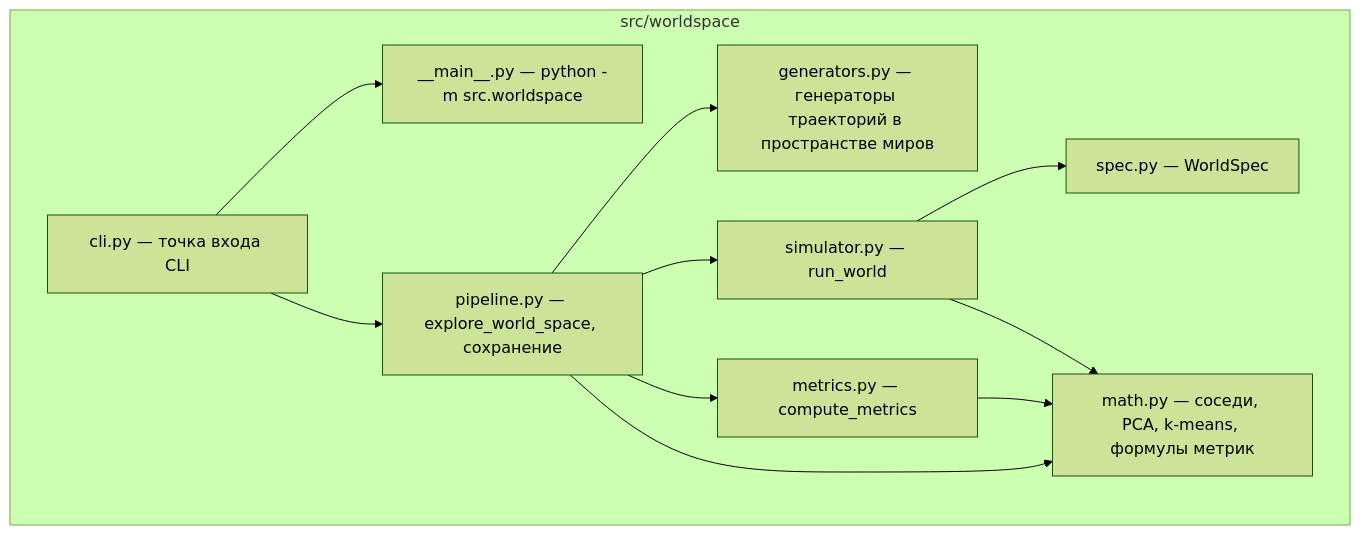
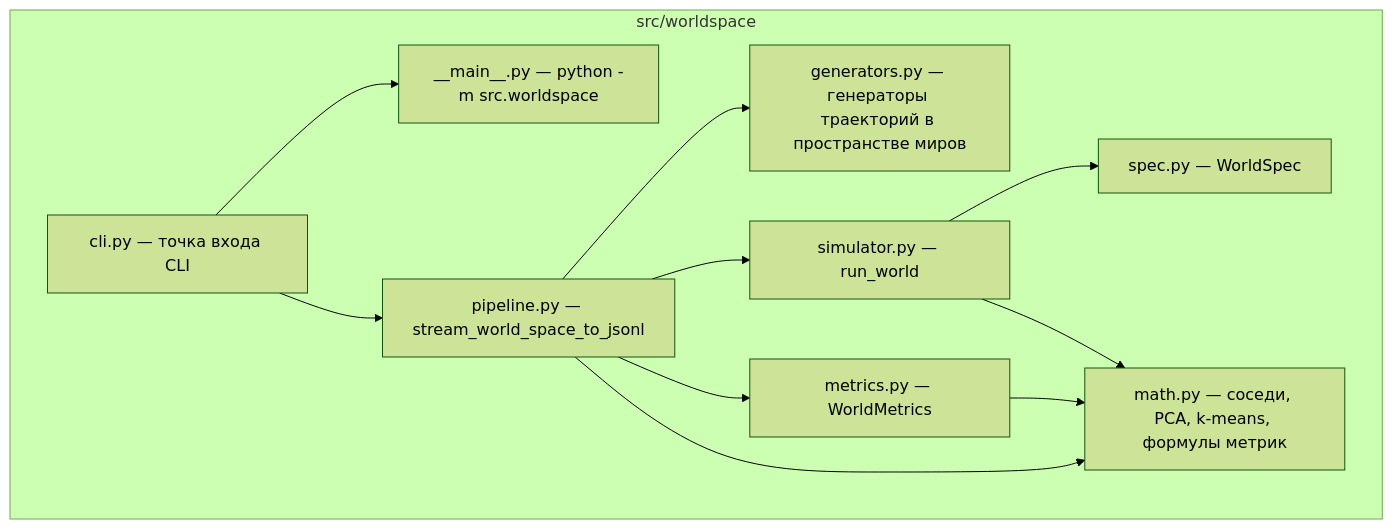
One commit to Starovoitov/LifeManifold changed the second of 8 diagrams in docs/WORLDSPACE.md. Above: the diagram before and after it, drawn with Mermaid (forest theme). The commit also changed other lines of this file and 14 other files, not shown here.

First line of the commit message:
Enhance worldspace toolkit with streaming JSONL output and improved metrics handling

````diff
--- a/docs/WORLDSPACE.md
+++ b/docs/WORLDSPACE.md
@@ -50,22 +47,22 @@
 ```mermaid
 flowchart TB
   subgraph pkg["src/worldspace"]
     spec["spec.py — WorldSpec"]
     gen["generators.py — генераторы траекторий в пространстве миров"]
     wmath["math.py — соседи, PCA, k-means, формулы метрик"]
     sim["simulator.py — run_world"]
-    met["metrics.py — compute_metrics"]
-    pipe["pipeline.py — explore_world_space, сохранение"]
+    met["metrics.py — WorldMetrics"]
+    pipe["pipeline.py — stream_world_space_to_jsonl"]
     cli["cli.py — точка входа CLI"]
     main["__main__.py — python -m src.worldspace"]
   end
   cli --> main
   cli --> pipe
   pipe --> gen
   pipe --> sim
   pipe --> met
   sim --> wmath
   met --> wmath
   pipe --> wmath
   sim --> spec
 ```
````
